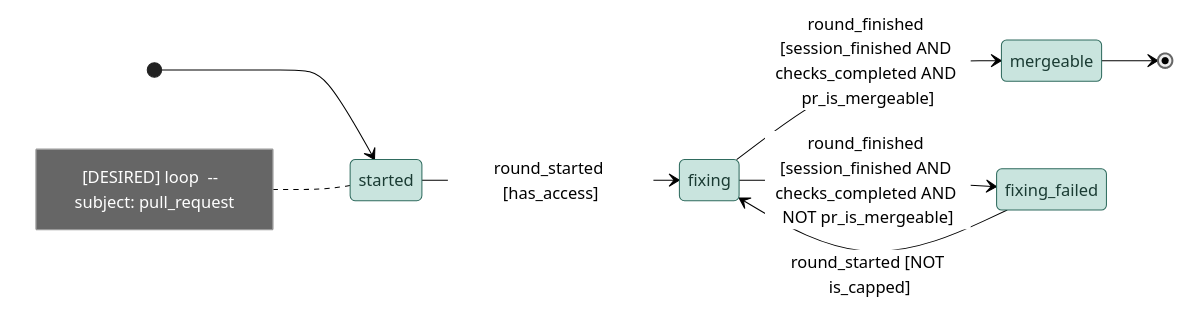
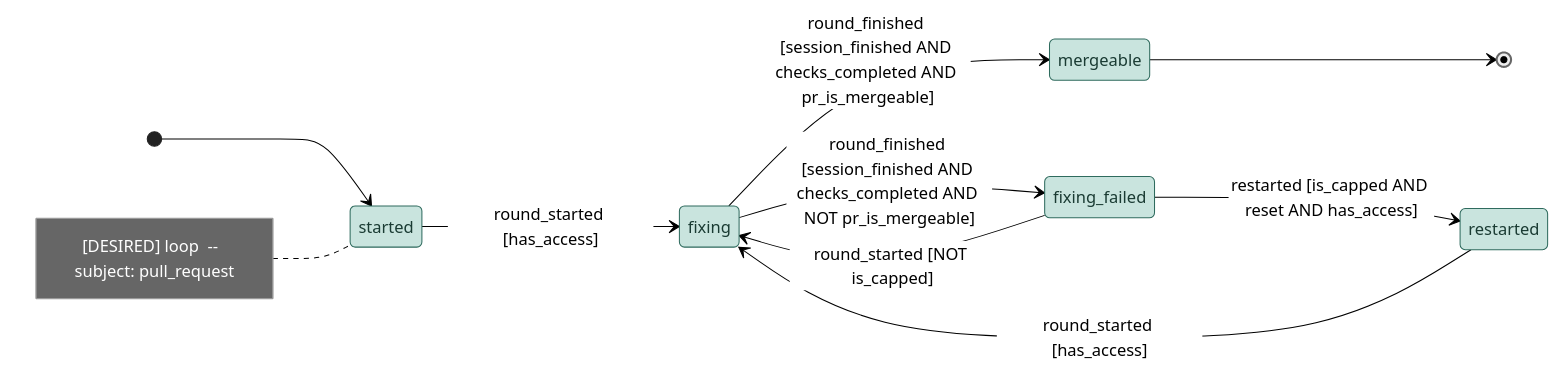
The diagram in .github/conveyor-model/mermaid/desired/loop.mmd (kostiantyn-matsebora/agent-ops-operator), drawn with Mermaid (neutral theme) before and after one commit. The commit also changed 1 other file, not shown here.

Commit message:
feat(conveyor): fixing_failed can restart the whole loop, resetting attempts
restarted mirrors started's role exactly -- the whole fixing process
begins again, with the attempt counter reset to a fresh n. Reached from
fixing_failed once the cap is actually hit (is_capped), someone grants
another full round of attempts (reset), and they have the authority to
(has_access). restarted then has the same round_started [has_access] ->
fixing transition started itself has.

```diff
--- a/.github/conveyor-model/mermaid/desired/loop.mmd
+++ b/.github/conveyor-model/mermaid/desired/loop.mmd
@@ -1,18 +1,21 @@
 stateDiagram-v2
     direction LR
     [*] --> started
     note left of started
         [DESIRED] loop  --  subject: pull_request
     end note
     classDef stationState fill:#e8d5b5,stroke:#8a6d3b,color:#4a3b1f
     classDef loopState fill:#c9e4de,stroke:#2f6b5e,color:#1a3b33
     state started
     state fixing
     state mergeable
     state fixing_failed
+    state restarted
     started --> fixing : round_started [has_access]
     fixing --> mergeable : round_finished [session_finished AND checks_completed AND pr_is_mergeable]
     fixing --> fixing_failed : round_finished [session_finished AND checks_completed AND NOT pr_is_mergeable]
     fixing_failed --> fixing : round_started [NOT is_capped]
+    fixing_failed --> restarted : restarted [is_capped AND reset AND has_access]
+    restarted --> fixing : round_started [has_access]
     mergeable --> [*]
-    class started, fixing, mergeable, fixing_failed loopState
+    class started, fixing, mergeable, fixing_failed, restarted loopState
```
